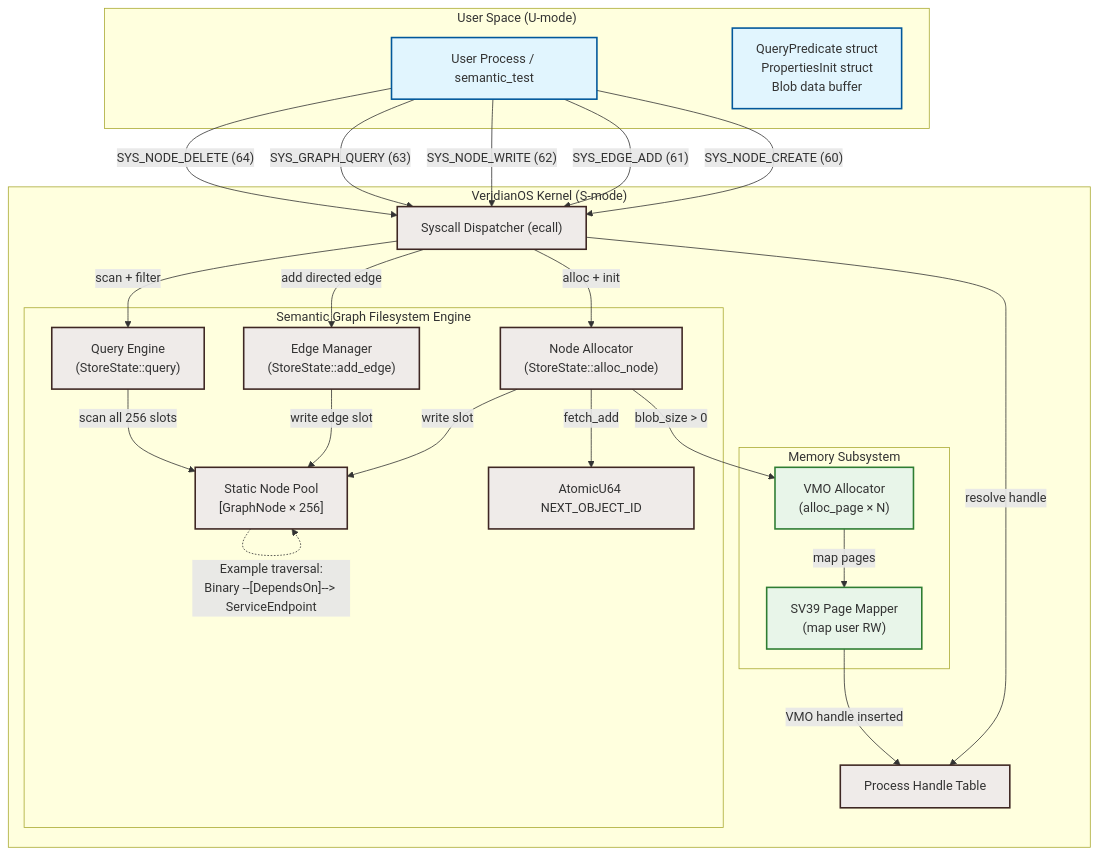
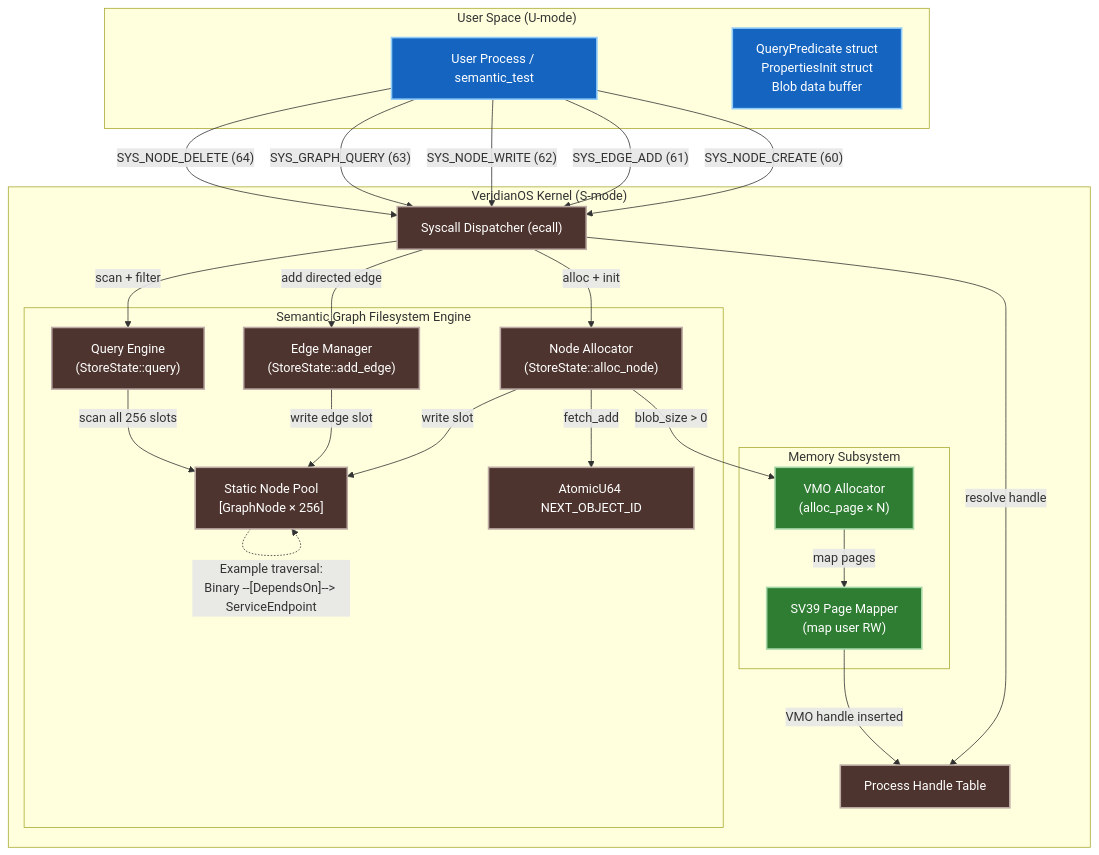
Before and after one commit to hanvith6/VeridianOS: the diagram in docs/PHASE_08_DESIGN.md, drawn with Mermaid. The commit also changed 9 other files, not shown here.

Commit message:
docs: fix mermaid classDef contrast — dark fills + white text across all phase diagrams

````diff
--- a/docs/PHASE_08_DESIGN.md
+++ b/docs/PHASE_08_DESIGN.md
@@ -37,55 +37,55 @@
 ```mermaid
 graph TD
     subgraph UserSpace ["User Space (U-mode)"]
         App["User Process / semantic_test"]
         UserPtrs["QueryPredicate struct\nPropertiesInit struct\nBlob data buffer"]
     end
 
     subgraph KernelSpace ["VeridianOS Kernel (S-mode)"]
         Dispatcher["Syscall Dispatcher (ecall)"]
         CapTable["Process Handle Table"]
 
         subgraph SGF ["Semantic Graph Filesystem Engine"]
             NodeAlloc["Node Allocator\n(StoreState::alloc_node)"]
             EdgeMgr["Edge Manager\n(StoreState::add_edge)"]
             QueryEngine["Query Engine\n(StoreState::query)"]
             NodePool["Static Node Pool\n[GraphNode × 256]"]
             IDCounter["AtomicU64 NEXT_OBJECT_ID"]
         end
 
         subgraph MemSub ["Memory Subsystem"]
             VMOAlloc["VMO Allocator\n(alloc_page × N)"]
             PageMapper["SV39 Page Mapper\n(map user RW)"]
         end
     end
 
     App -->|"SYS_NODE_CREATE (60)"| Dispatcher
     App -->|"SYS_EDGE_ADD (61)"| Dispatcher
     App -->|"SYS_NODE_WRITE (62)"| Dispatcher
     App -->|"SYS_GRAPH_QUERY (63)"| Dispatcher
     App -->|"SYS_NODE_DELETE (64)"| Dispatcher
 
     Dispatcher -->|"resolve handle"| CapTable
     Dispatcher -->|"alloc + init"| NodeAlloc
     Dispatcher -->|"add directed edge"| EdgeMgr
     Dispatcher -->|"scan + filter"| QueryEngine
 
     NodeAlloc -->|"write slot"| NodePool
     NodeAlloc -->|"fetch_add"| IDCounter
     EdgeMgr -->|"write edge slot"| NodePool
     QueryEngine -->|"scan all 256 slots"| NodePool
 
     NodeAlloc -->|"blob_size > 0"| VMOAlloc
     VMOAlloc -->|"map pages"| PageMapper
     PageMapper -->|"VMO handle inserted"| CapTable
 
     NodePool -.->|"Example traversal:\nBinary --[DependsOn]--> ServiceEndpoint"| NodePool
 
-    classDef user fill:#e1f5fe,stroke:#01579b,stroke-width:2px;
-    classDef kernel fill:#efebe9,stroke:#3e2723,stroke-width:2px;
-    classDef mem fill:#e8f5e9,stroke:#2e7d32,stroke-width:2px;
+    classDef user fill:#1565c0,stroke:#90caf9,color:#ffffff,stroke-width:2px;
+    classDef kernel fill:#4e342e,stroke:#bcaaa4,color:#ffffff,stroke-width:2px;
+    classDef mem fill:#2e7d32,stroke:#a5d6a7,color:#ffffff,stroke-width:2px;
 
     class App,UserPtrs user;
     class Dispatcher,CapTable,NodeAlloc,EdgeMgr,QueryEngine,NodePool,IDCounter kernel;
     class VMOAlloc,PageMapper mem;
 ```
````
